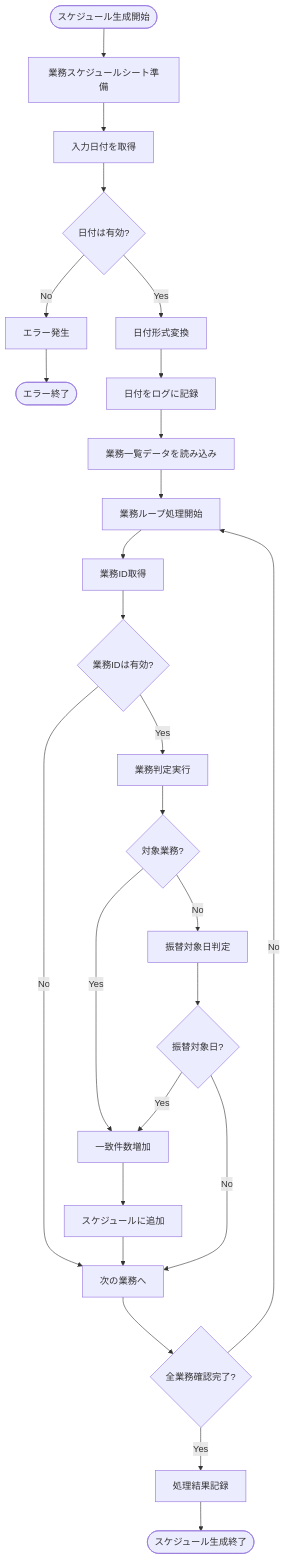
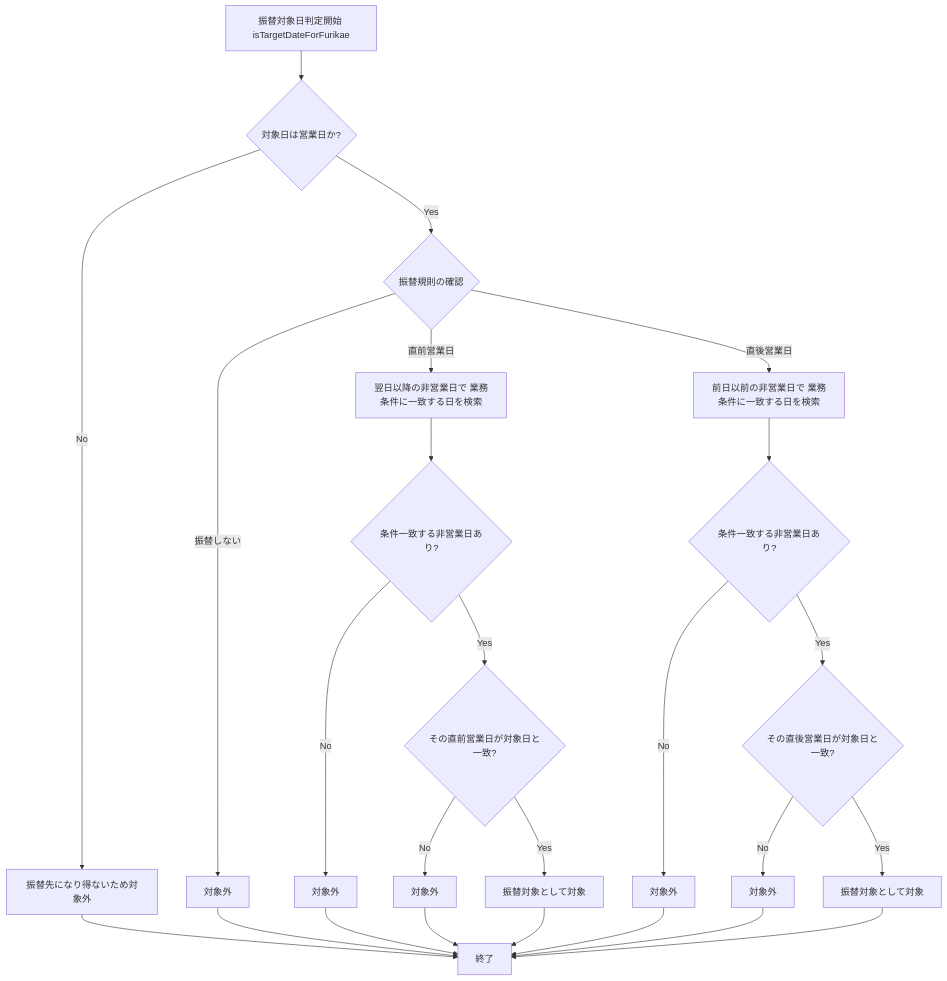
One commit to mkuwan/TaskManaging changed the seventh of 20 diagrams in README.md. Above: the diagram before and after it, drawn with Mermaid. The commit also changed other lines of this file and 10 other files, not shown here.

````diff
--- a/README.md
+++ b/README.md
@@ -796,36 +402,29 @@
 ```mermaid
 flowchart TD
-    Start([スケジュール生成開始]) --> PrepSheet[業務スケジュールシート準備]
-    PrepSheet --> GetDate[入力日付を取得]
-    GetDate --> DateValid{日付は有効?}
-    DateValid -->|No| ThrowError[エラー発生]
-    DateValid -->|Yes| ConvertDate[日付形式変換]
+    A[振替対象日判定開始 isTargetDateForFurikae] --> B{対象日は営業日か?}
+    B -- No --> C[振替先になり得ないため対象外]
+    B -- Yes --> D{振替規則の確認}
+    D -- 振替しない --> E[対象外]
+    D -- 直前営業日 --> F[翌日以降の非営業日で 業務条件に一致する日を検索]
+    F --> G{条件一致する非営業日あり?}
+    G -- No --> H[対象外]
+    G -- Yes --> I{その直前営業日が対象日と一致?}
+    I -- No --> J[対象外]
+    I -- Yes --> K[振替対象として対象]
     
-    ConvertDate --> LogDate[日付をログに記録]
-    LogDate --> LoadTasks[業務一覧データを読み込み]
+    D -- 直後営業日 --> L[前日以前の非営業日で 業務条件に一致する日を検索]
+    L --> M{条件一致する非営業日あり?}
+    M -- No --> N[対象外]
+    M -- Yes --> O{その直後営業日が対象日と一致?}
+    O -- No --> P[対象外]
+    O -- Yes --> Q[振替対象として対象]
     
-    LoadTasks --> ProcessTaskLoop[業務ループ処理開始]
-    ProcessTaskLoop --> GetTaskId[業務ID取得]
-    
-    GetTaskId --> ValidId{業務IDは有効?}
-    ValidId -->|No| NextTask[次の業務へ]
-    ValidId -->|Yes| EvalTask[業務判定実行]
-    
-    EvalTask --> IsTarget{対象業務?}
-    IsTarget -->|Yes| CountMatch[一致件数増加]
-    IsTarget -->|No| CheckFurikae[振替対象日判定]
-    
-    CountMatch --> AddTask[スケジュールに追加]
-    
-    CheckFurikae --> IsFurikae{振替対象日?}
-    IsFurikae -->|Yes| CountMatch
-    IsFurikae -->|No| NextTask
-    
-    AddTask --> NextTask
-    NextTask --> HasMoreTasks{全業務確認完了?}
-    HasMoreTasks -->|No| ProcessTaskLoop
-    HasMoreTasks -->|Yes| LogResult[処理結果記録]
-    LogResult --> End([スケジュール生成終了])
-    
-    ThrowError --> End2([エラー終了])
+    C --> R[終了]
+    E --> R
+    H --> R
+    J --> R
+    K --> R
+    N --> R
+    P --> R
+    Q --> R
 ```
````
